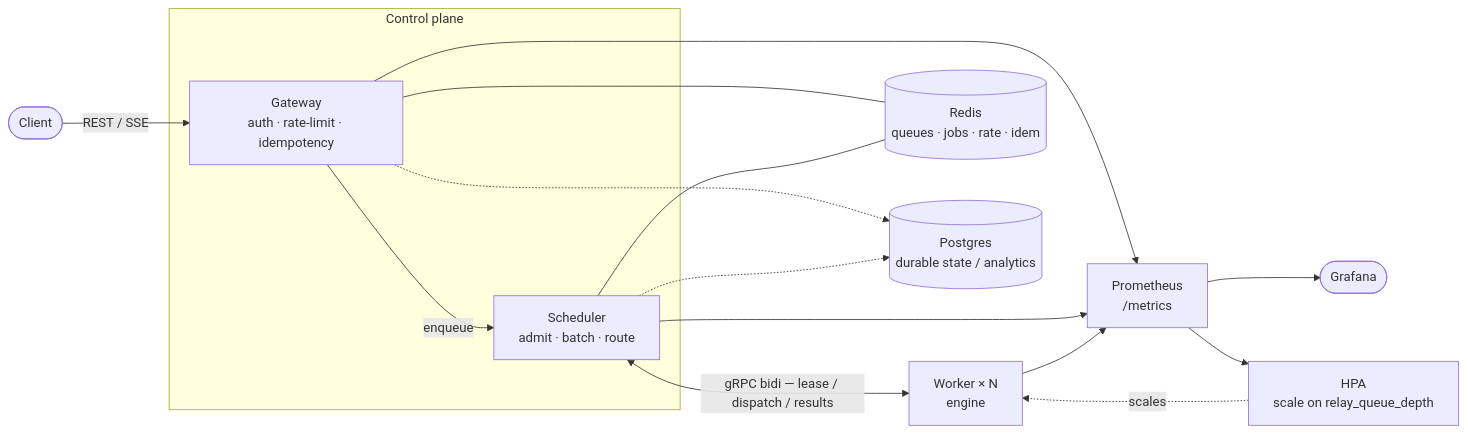
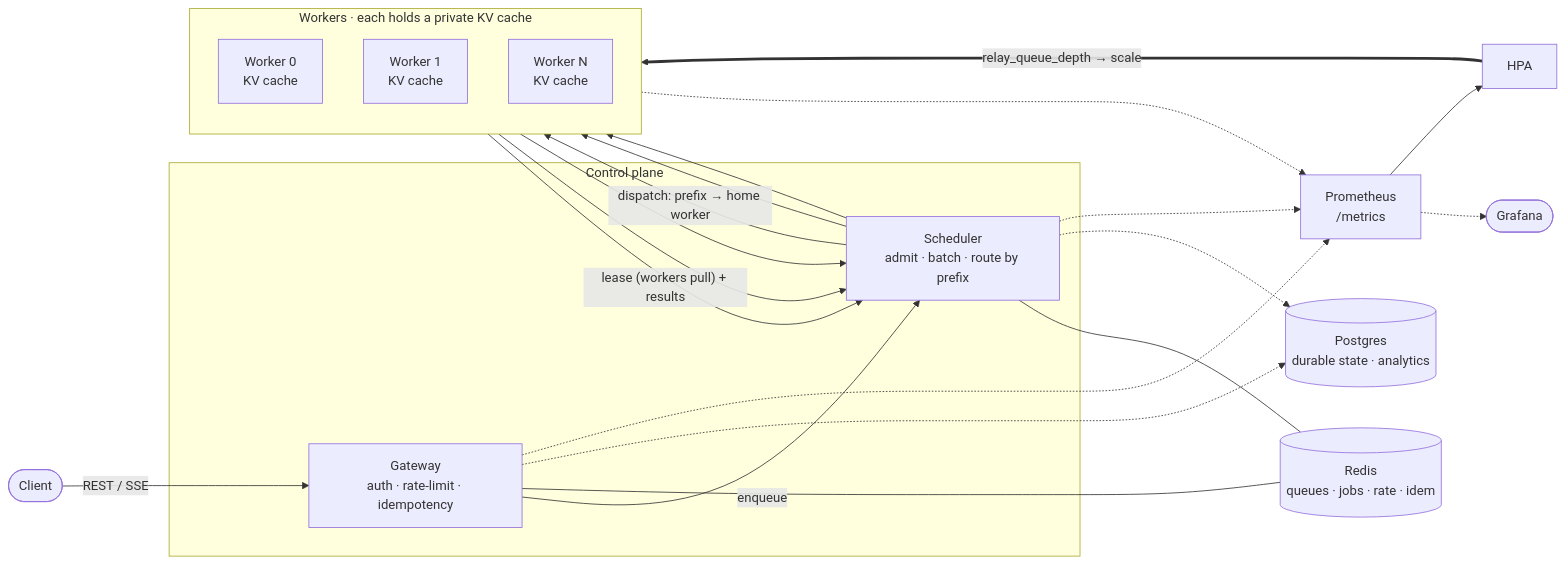
One commit to Park07/Relay changed the diagram in README.md. Above: the diagram before and after it, drawn with Mermaid. The commit also changed other lines of this file, not shown here.

Commit message:
Update README with improved descriptions and formatting

````diff
--- a/README.md
+++ b/README.md
@@ -97,30 +97,44 @@
 ```mermaid
 flowchart LR
     client([Client])
 
     subgraph cp["Control plane"]
         gw["Gateway<br/>auth · rate-limit · idempotency"]
-        sch["Scheduler<br/>admit · batch · route"]
+        sch["Scheduler<br/>admit · batch · route by prefix"]
     end
 
-    workers["Worker × N<br/>engine"]
+    subgraph pool["Workers · each holds a private KV cache"]
+        direction TB
+        w0["Worker 0<br/>KV cache"]
+        w1["Worker 1<br/>KV cache"]
+        wN["Worker N<br/>KV cache"]
+    end
+
     redis[("Redis<br/>queues · jobs · rate · idem")]
-    pg[("Postgres<br/>durable state / analytics")]
+    pg[("Postgres<br/>durable state · analytics")]
     prom["Prometheus<br/>/metrics"]
     graf(["Grafana"])
-    hpa["HPA<br/>scale on relay_queue_depth"]
+    hpa["HPA"]
 
     client -->|"REST / SSE"| gw
     gw -->|enqueue| sch
-    sch <-->|"gRPC bidi — lease / dispatch / results"| workers
+
+    sch -->|"dispatch: prefix → home worker"| w0
+    sch --> w1
+    sch --> wN
+    w0 -->|"lease (workers pull) + results"| sch
+    w1 --> sch
+    wN --> sch
+
     gw --- redis
     sch --- redis
     gw -.-> pg
     sch -.-> pg
-    gw --> prom
-    sch --> prom
-    workers --> prom
-    prom --> graf
+
+    gw -.-> prom
+    sch -.-> prom
+    w0 -.-> prom
+    prom -.-> graf
     prom --> hpa
-    hpa -. scales .-> workers
+    hpa ==>|"relay_queue_depth → scale"| pool
 ```
````
